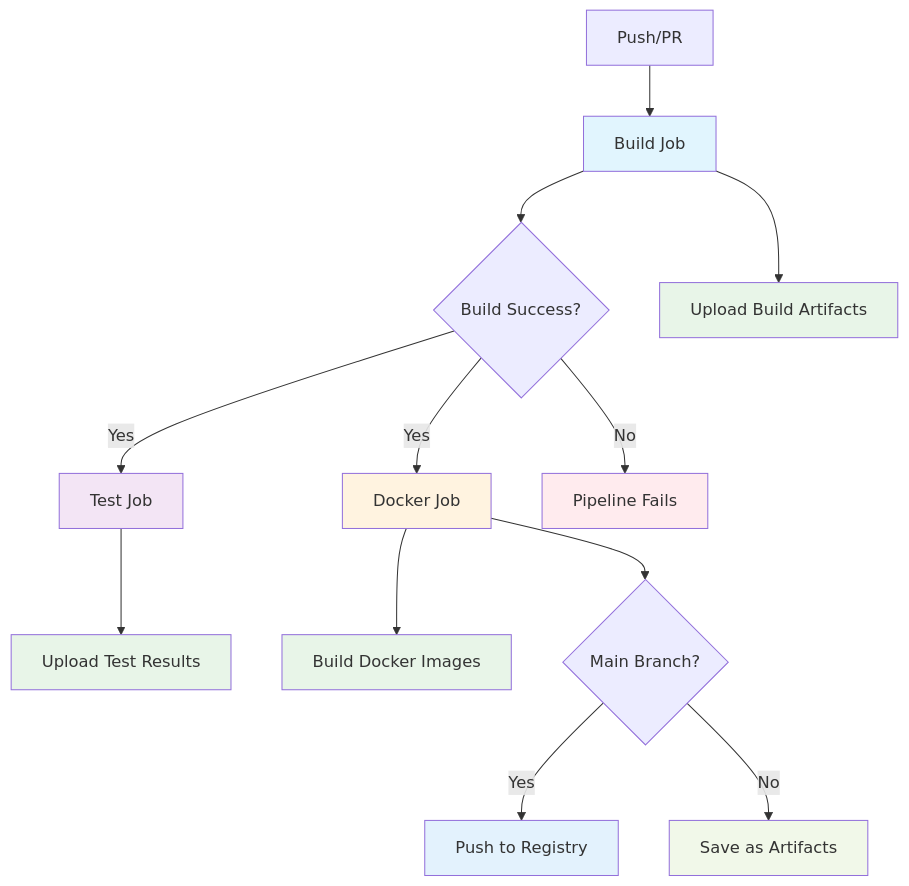
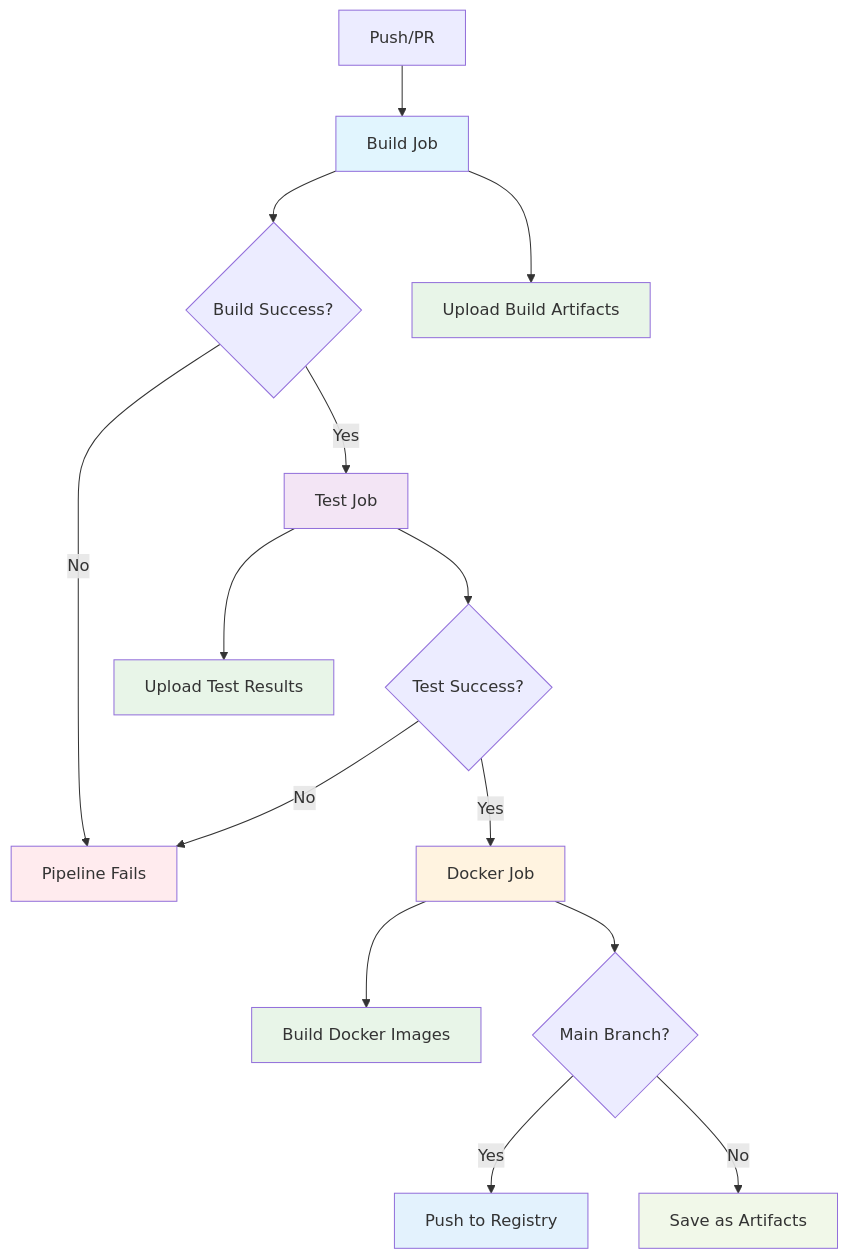
One commit to whale-net/everything changed the diagram in README.md. Above: the diagram before and after it, drawn with Mermaid. The commit also changed other lines of this file, not shown here.

Commit message:
Refactor CI workflow diagram and update Docker job description to clarify test dependencies and registry push conditions

````diff
--- a/README.md
+++ b/README.md
@@ -191,24 +191,26 @@
 ```mermaid
 graph TD
     A[Push/PR] --> B[Build Job]
     B --> C{Build Success?}
     C -->|Yes| D[Test Job]
-    C -->|Yes| E[Docker Job]
     C -->|No| F[Pipeline Fails]
-    D --> G[Upload Test Results]
-    E --> H[Build Docker Images]
-    B --> I[Upload Build Artifacts]
-    E --> J{Main Branch?}
-    J -->|Yes| K[Push to Registry]
-    J -->|No| L[Save as Artifacts]
+    D --> G{Test Success?}
+    G -->|Yes| H[Docker Job]
+    G -->|No| F
+    D --> I[Upload Test Results]
+    H --> J[Build Docker Images]
+    B --> K[Upload Build Artifacts]
+    H --> L{Main Branch?}
+    L -->|Yes| M[Push to Registry]
+    L -->|No| N[Save as Artifacts]
     
     style B fill:#e1f5fe
     style D fill:#f3e5f5
-    style E fill:#fff3e0
+    style H fill:#fff3e0
     style F fill:#ffebee
-    style G fill:#e8f5e8
-    style H fill:#e8f5e8
     style I fill:#e8f5e8
-    style K fill:#e3f2fd
-    style L fill:#f1f8e9
+    style J fill:#e8f5e8
+    style K fill:#e8f5e8
+    style M fill:#e3f2fd
+    style N fill:#f1f8e9
 ```
````
